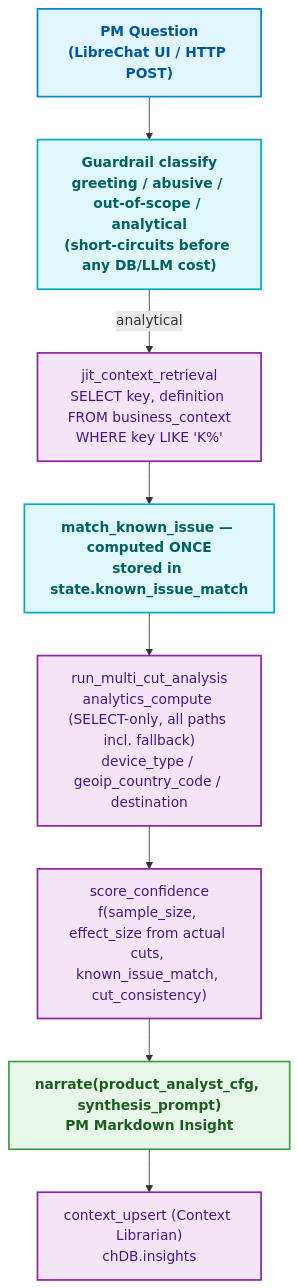
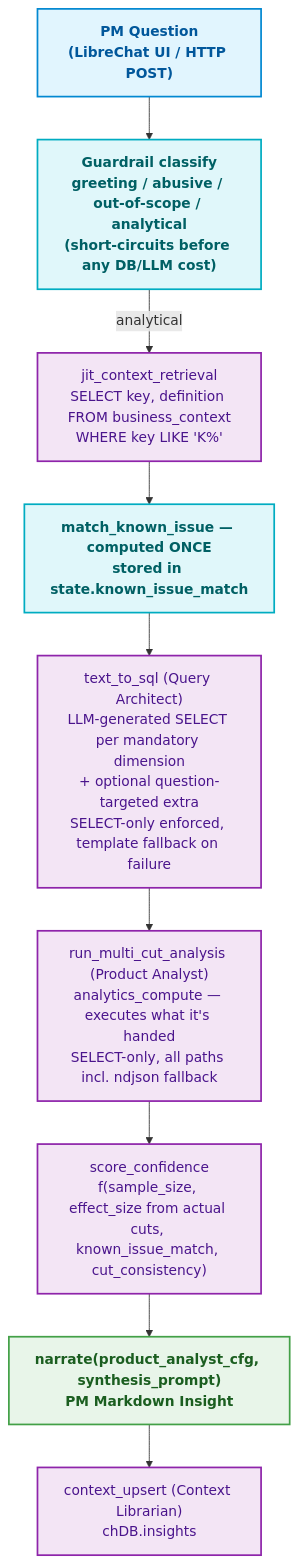
One commit to deepesh17feb/InsightMesh changed the third of 3 diagrams in docs/cuj_architecture_v2.md. Above: the diagram before and after it, drawn with Mermaid. The commit also changed other lines of this file and 6 other files, not shown here.

````diff
--- a/docs/cuj_architecture_v2.md
+++ b/docs/cuj_architecture_v2.md
@@ -166,25 +167,27 @@
 ```mermaid
 flowchart TD
     classDef inputNode fill:#E1F5FE,stroke:#0288D1,stroke-width:2px,color:#01579B,font-weight:bold;
     classDef stepNode fill:#FFF8E1,stroke:#FFA000,stroke-width:2px,color:#FF6F00,font-weight:bold;
     classDef toolNode fill:#F3E5F5,stroke:#8E24AA,stroke-width:2px,color:#4A148C;
     classDef routerNode fill:#E0F7FA,stroke:#00ACC1,stroke-width:2px,color:#006064,font-weight:bold;
     classDef successNode fill:#E8F5E9,stroke:#43A047,stroke-width:2px,color:#1B5E20,font-weight:bold;
 
     Query["PM Question<br/>(LibreChat UI / HTTP POST)"]:::inputNode
     Guard["Guardrail classify<br/>greeting / abusive / out-of-scope / analytical<br/>(short-circuits before any DB/LLM cost)"]:::routerNode
     JIT["jit_context_retrieval<br/>SELECT key, definition FROM business_context<br/>WHERE key LIKE 'K%'"]:::toolNode
     Match["match_known_issue — computed ONCE<br/>stored in state.known_issue_match"]:::routerNode
-    Cuts["run_multi_cut_analysis<br/>analytics_compute (SELECT-only, all paths incl. fallback)<br/>device_type / geoip_country_code / destination"]:::toolNode
+    Translate["text_to_sql (Query Architect)<br/>LLM-generated SELECT per mandatory dimension<br/>+ optional question-targeted extra<br/>SELECT-only enforced, template fallback on failure"]:::toolNode
+    Cuts["run_multi_cut_analysis (Product Analyst)<br/>analytics_compute — executes what it's handed<br/>SELECT-only, all paths incl. ndjson fallback"]:::toolNode
     Score["score_confidence<br/>f(sample_size, effect_size from actual cuts, known_issue_match, cut_consistency)"]:::toolNode
     Insight["narrate(product_analyst_cfg, synthesis_prompt)<br/>PM Markdown Insight"]:::successNode
     Save["context_upsert (Context Librarian)<br/>chDB.insights"]:::toolNode
 
     Query --> Guard
     Guard -->|analytical| JIT
     JIT --> Match
-    Match --> Cuts
+    Match --> Translate
+    Translate --> Cuts
     Cuts --> Score
     Score --> Insight
     Insight --> Save
 ```
````
